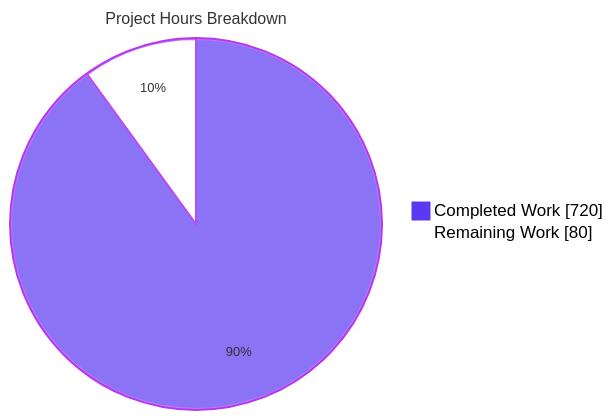
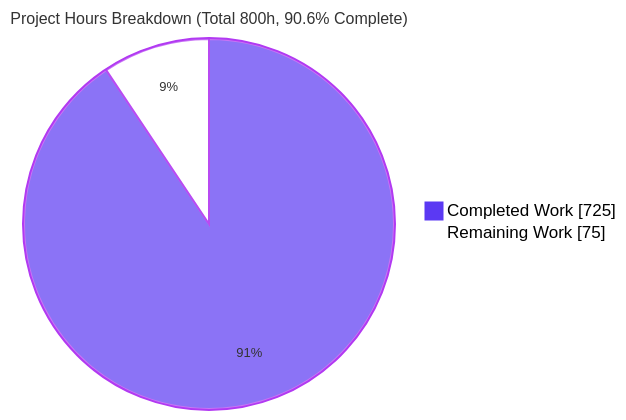
One commit to Blitzy-Sandbox/blitzy-odoo changed the second of 4 diagrams in blitzy/documentation/Project Guide.md. Above: the diagram before and after it, drawn with Mermaid. The commit also changed other lines of this file, not shown here.

Commit message:
Adding Blitzy Project Guide: Project Status and Human Tasks Remaining

````diff
--- a/blitzy/documentation/Project Guide.md
+++ b/blitzy/documentation/Project Guide.md
@@ -263,6 +299,6 @@
 ```mermaid
 %%{init: {'theme':'base','themeVariables':{'pie1':'#5B39F3','pie2':'#FFFFFF','pieStrokeColor':'#B23AF2','pieOuterStrokeColor':'#B23AF2','pieOuterStrokeWidth':'2px','pieTitleTextSize':'16px','pieSectionTextSize':'13px','pieLegendTextColor':'#000000'}}}%%
-pie showData title Project Hours Breakdown
-    "Completed Work" : 720
-    "Remaining Work" : 80
+pie showData title Project Hours Breakdown (Total 800h, 90.6% Complete)
+    "Completed Work" : 725
+    "Remaining Work" : 75
 ```
````
